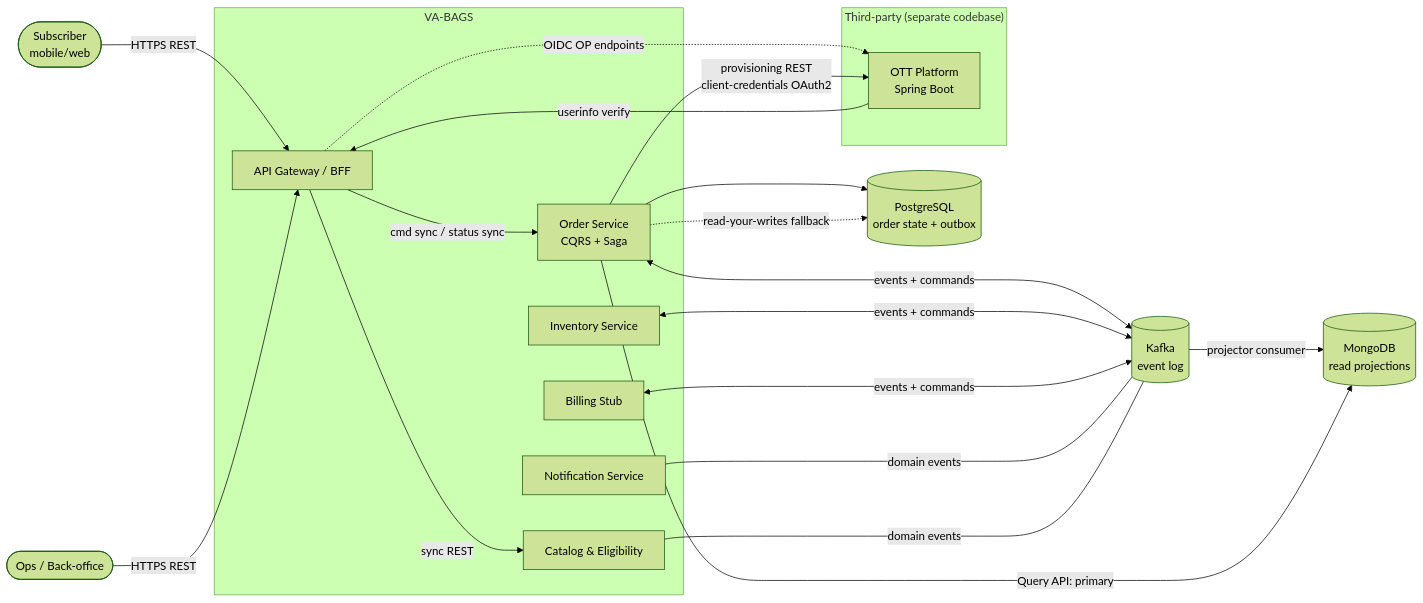
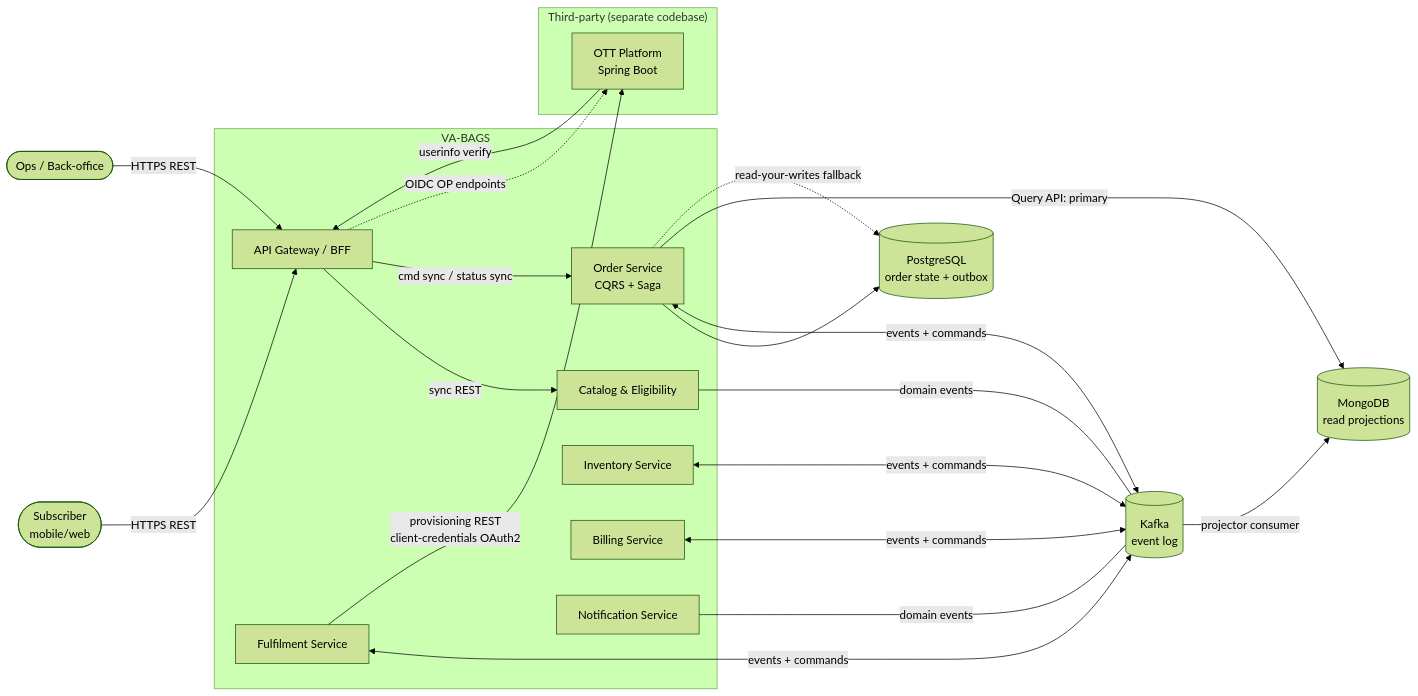
Before and after one commit to PDipak27/Value_added_benefits_GoodsServices_Base: the diagram in Design/01-system-context.md, drawn with Mermaid (forest theme). The commit also changed other lines of this file and 136 other files, not shown here.

````diff
--- a/Design/01-system-context.md
+++ b/Design/01-system-context.md
@@ -21,43 +22,45 @@
 ```mermaid
 flowchart LR
     User([Subscriber\nmobile/web])
     Ops([Ops / Back-office])
 
     subgraph VAB["VA-BAGS"]
         GW[API Gateway / BFF]
         CAT[Catalog & Eligibility]
         ORD[Order Service\nCQRS + Saga]
         INV[Inventory Service]
-        BIL[Billing Stub]
+        BIL[Billing Service]
+        FUL[Fulfilment Service]
         NOT[Notification Service]
     end
 
     subgraph EXT["Third-party (separate codebase)"]
         OTT[OTT Platform\nSpring Boot]
     end
 
     BROKER[(Kafka\nevent log)]
     WSTORE[(PostgreSQL\norder state + outbox)]
     RSTORE[(MongoDB\nread projections)]
 
     User -->|HTTPS REST| GW
     Ops  -->|HTTPS REST| GW
 
     GW -->|sync REST| CAT
     GW -->|cmd sync / status sync| ORD
     GW -.->|OIDC OP endpoints| OTT
 
     ORD --> WSTORE
     ORD <-->|events + commands| BROKER
     INV <-->|events + commands| BROKER
     BIL <-->|events + commands| BROKER
+    FUL <-->|events + commands| BROKER
     NOT <---|domain events| BROKER
     CAT <---|domain events| BROKER
 
     BROKER -->|projector consumer| RSTORE
     ORD -->|Query API: primary| RSTORE
     ORD -.->|read-your-writes fallback| WSTORE
 
-    ORD -->|provisioning REST\nclient-credentials OAuth2| OTT
+    FUL -->|provisioning REST\nclient-credentials OAuth2| OTT
     OTT -->|userinfo verify| GW
 ```
````
